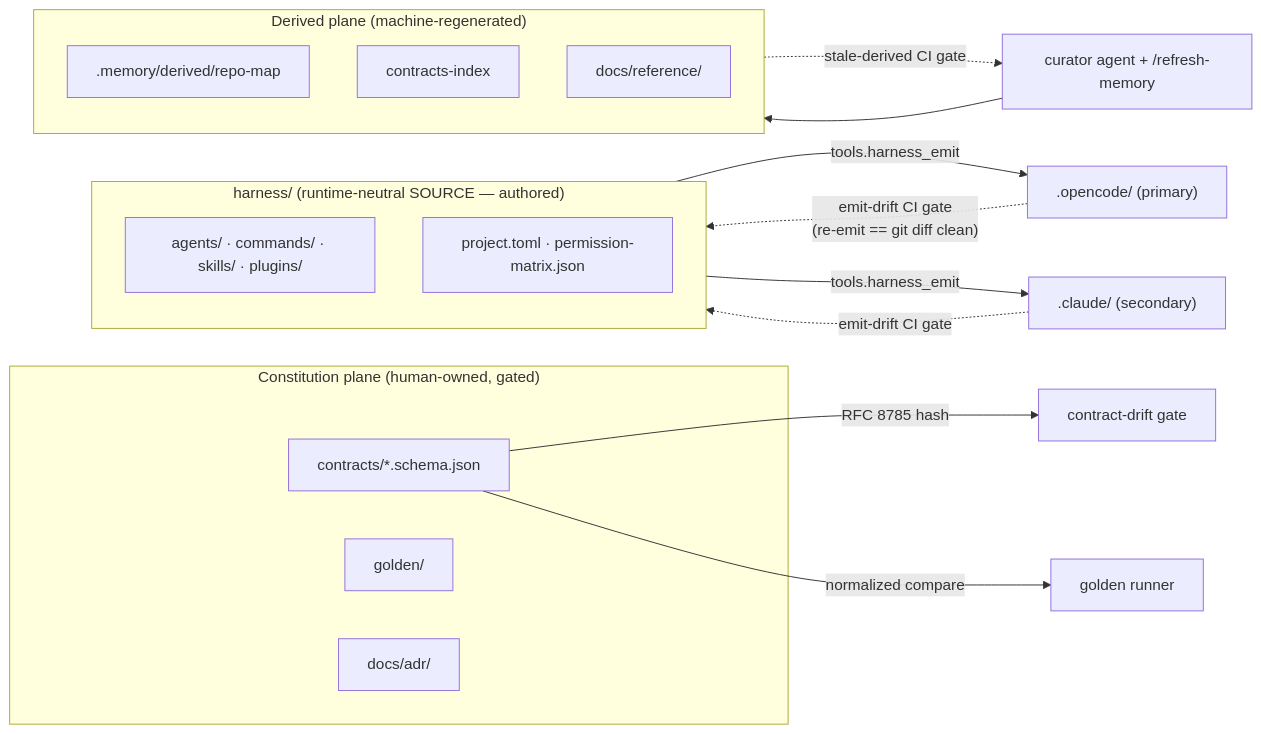
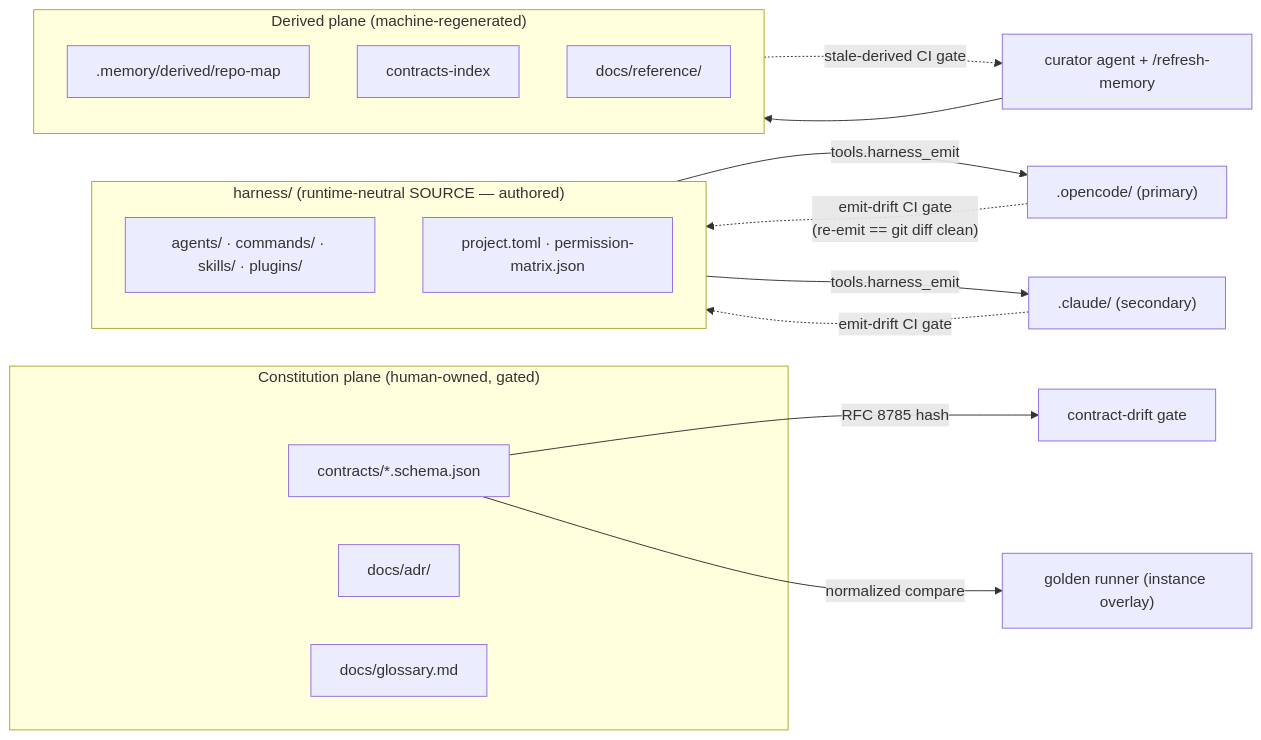
The diagram in README.md (hjung3113/lifetimeworkflow), drawn with Mermaid before and after one commit. The commit also changed other lines of this file and 1 other file, not shown here.

````diff
--- a/README.md
+++ b/README.md
@@ -66,27 +66,27 @@
 ```mermaid
 flowchart LR
     subgraph SRC["harness/  (runtime-neutral SOURCE — authored)"]
       A["agents/ · commands/ · skills/ · plugins/"]
       P["project.toml · permission-matrix.json"]
     end
     SRC -->|tools.harness_emit| OC[".opencode/  (primary)"]
     SRC -->|tools.harness_emit| CC[".claude/  (secondary)"]
     OC -. "emit-drift CI gate\n(re-emit == git diff clean)" .-> SRC
     CC -. "emit-drift CI gate" .-> SRC
 
     subgraph CONST["Constitution plane (human-owned, gated)"]
       K["contracts/*.schema.json"]
-      G["golden/"]
       D["docs/adr/"]
+      GL["docs/glossary.md"]
     end
     K -->|RFC 8785 hash| DRIFT["contract-drift gate"]
-    K -->|normalized compare| GOLD["golden runner"]
+    K -->|normalized compare| GOLD["golden runner (instance overlay)"]
 
     subgraph DERIVED["Derived plane (machine-regenerated)"]
       RM[".memory/derived/repo-map"]
       CI2["contracts-index"]
       REF["docs/reference/"]
     end
     CUR["curator agent + /refresh-memory"] --> DERIVED
     DERIVED -. "stale-derived CI gate" .-> CUR
 ```
````
